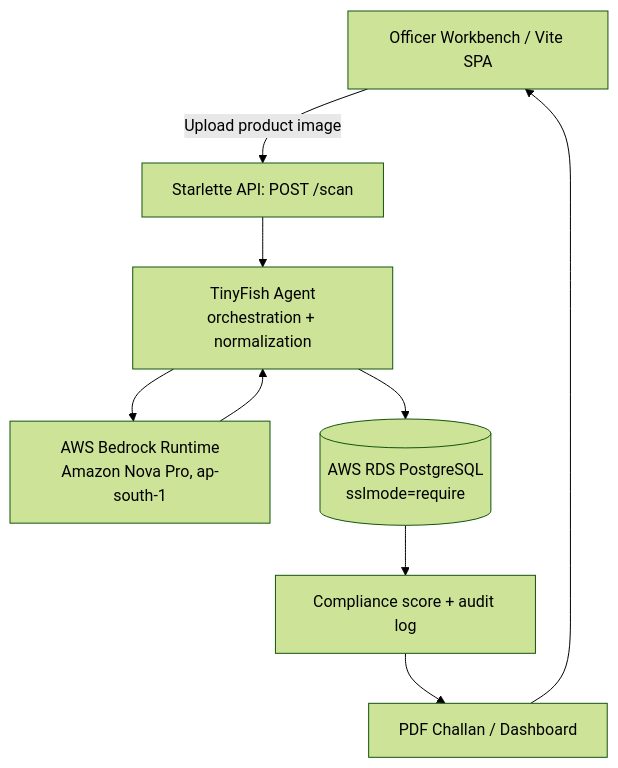
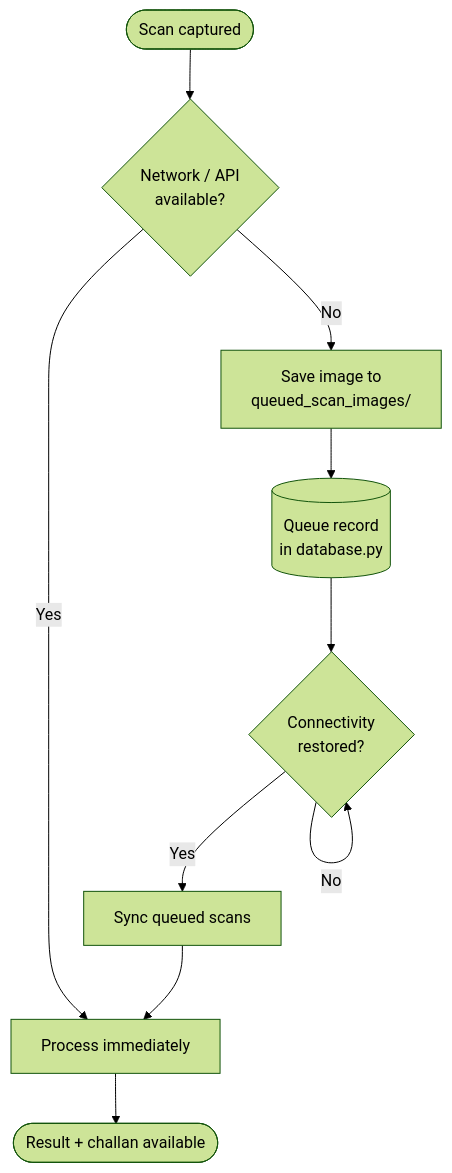
One commit to jayantsharmatech/product_compliance changed the fifth of 6 diagrams in README.md. Above: the diagram before and after it, drawn with Mermaid (forest theme). The commit also changed other lines of this file, not shown here.

First line of the commit message:
Revise README for Legal Metrology Compliance Platform

````diff
--- a/README.md
+++ b/README.md
@@ -63,11 +156,12 @@
 ```mermaid
 flowchart TD
-    A[Officer Workbench / Vite SPA] -->|Upload product image| B[Starlette API: POST /scan]
-    B --> C[TinyFish Agent<br/>orchestration + normalization]
-    C --> D[AWS Bedrock Runtime<br/>Amazon Nova Pro, ap-south-1]
-    D --> C
-    C --> E[(AWS RDS PostgreSQL<br/>sslmode=require)]
-    E --> F[Compliance score + audit log]
-    F --> G[PDF Challan / Dashboard]
-    G --> A
+    A([Scan captured]) --> B{"Network / API<br/>available?"}
+    B -->|Yes| C["Process immediately"]
+    B -->|No| D["Save image to<br/>queued_scan_images/"]
+    D --> E[("Queue record<br/>in database.py")]
+    E --> F{"Connectivity<br/>restored?"}
+    F -->|No| F
+    F -->|Yes| G["Sync queued scans"]
+    G --> C
+    C --> H(["Result + challan available"])
 ```
````
